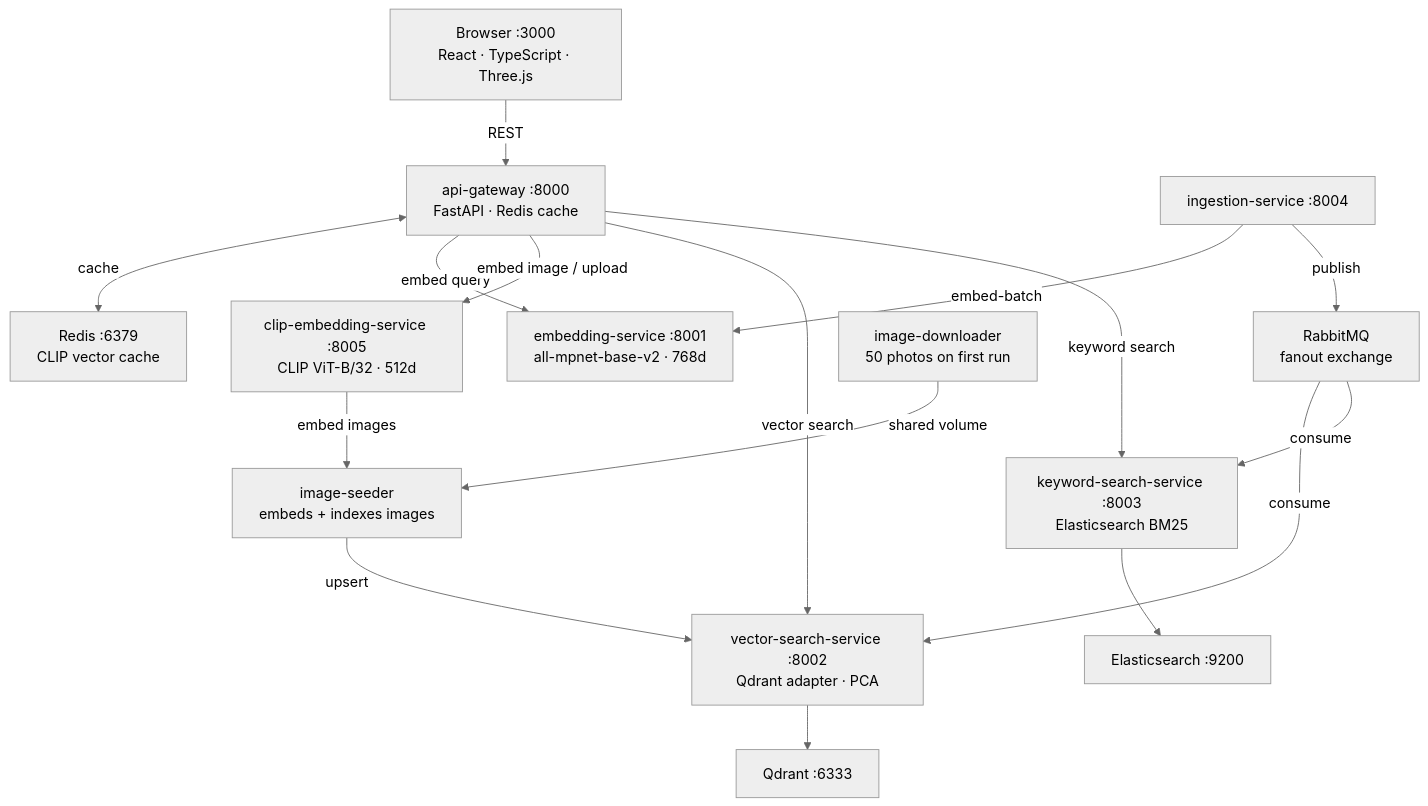
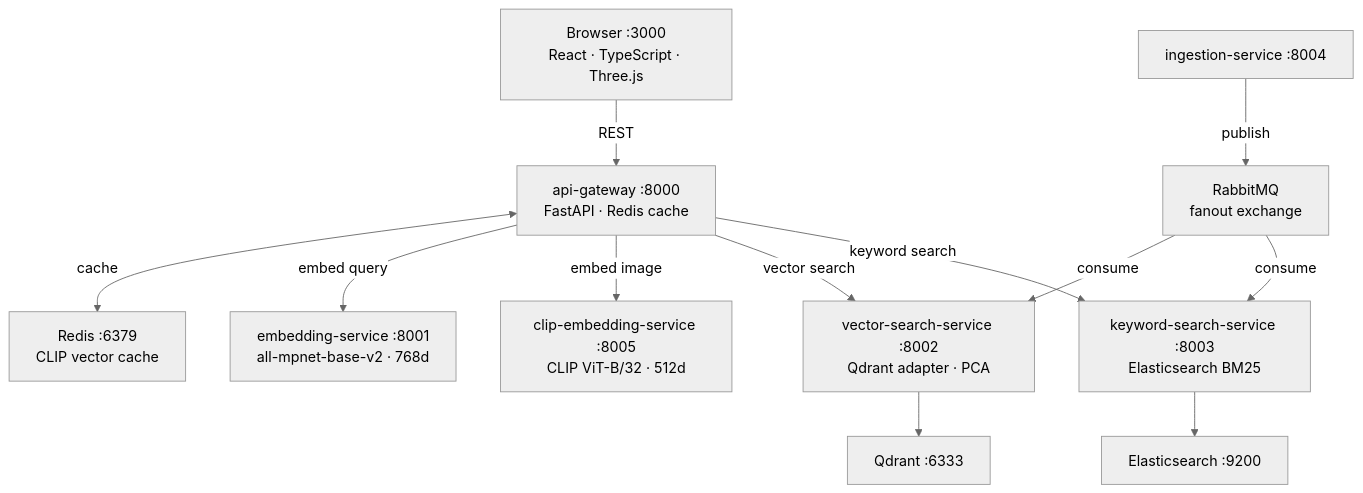
The diagram in README.md (orhangezginci/searchstack), drawn with Mermaid (neutral theme) before and after one commit. The commit also changed other lines of this file and 3 other files, not shown here.

````diff
--- a/README.md
+++ b/README.md
@@ -161,32 +157,26 @@
 ```mermaid
 flowchart TD
     Browser["Browser :3000\nReact · TypeScript · Three.js"]
     Gateway["api-gateway :8000\nFastAPI · Redis cache"]
     Redis["Redis :6379\nCLIP vector cache"]
     Embed["embedding-service :8001\nall-mpnet-base-v2 · 768d"]
     Vector["vector-search-service :8002\nQdrant adapter · PCA"]
     Keyword["keyword-search-service :8003\nElasticsearch BM25"]
     Ingest["ingestion-service :8004"]
     CLIP["clip-embedding-service :8005\nCLIP ViT-B/32 · 512d"]
     MQ["RabbitMQ\nfanout exchange"]
     Qdrant["Qdrant :6333"]
     ES["Elasticsearch :9200"]
-    Downloader["image-downloader\n50 photos on first run"]
-    Seeder["image-seeder\nembeds + indexes images"]
 
     Browser -->|REST| Gateway
     Gateway <-->|cache| Redis
     Gateway -->|embed query| Embed
-    Gateway -->|embed image / upload| CLIP
+    Gateway -->|embed image| CLIP
     Gateway -->|vector search| Vector
     Gateway -->|keyword search| Keyword
-    Ingest -->|embed-batch| Embed
     Ingest -->|publish| MQ
     MQ -->|consume| Vector
     MQ -->|consume| Keyword
     Vector --> Qdrant
     Keyword --> ES
-    Downloader -->|shared volume| Seeder
-    CLIP -->|embed images| Seeder
-    Seeder -->|upsert| Vector
 ```
````
